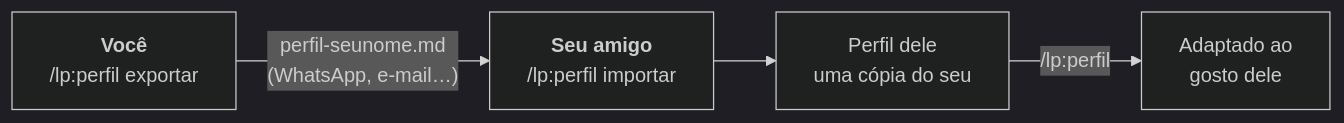
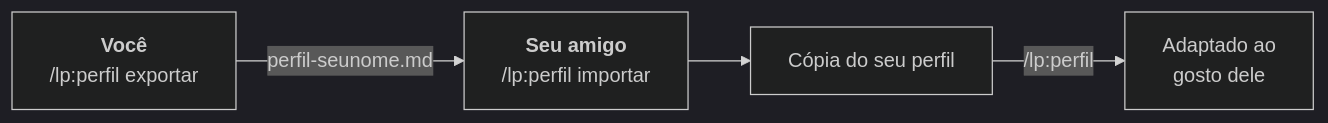
One commit to zjeanero/vitrine-skill changed the diagram in README.md. Above: the diagram before and after it, drawn with Mermaid (dark theme). The commit also changed other lines of this file and 1 other file, not shown here.

````diff
--- a/README.md
+++ b/README.md
@@ -150,6 +100,6 @@
 ```mermaid
 flowchart LR
-    A["<b>Você</b><br/>/lp:perfil exportar"] -- "perfil-seunome.md<br/>(WhatsApp, e-mail…)" --> B["<b>Seu amigo</b><br/>/lp:perfil importar"]
-    B --> C["Perfil dele<br/>uma cópia do seu"]
+    A["<b>Você</b><br/>/lp:perfil exportar"] -- "perfil-seunome.md" --> B["<b>Seu amigo</b><br/>/lp:perfil importar"]
+    B --> C["Cópia do seu perfil"]
     C -- "/lp:perfil" --> D["Adaptado ao<br/>gosto dele"]
 ```
````
